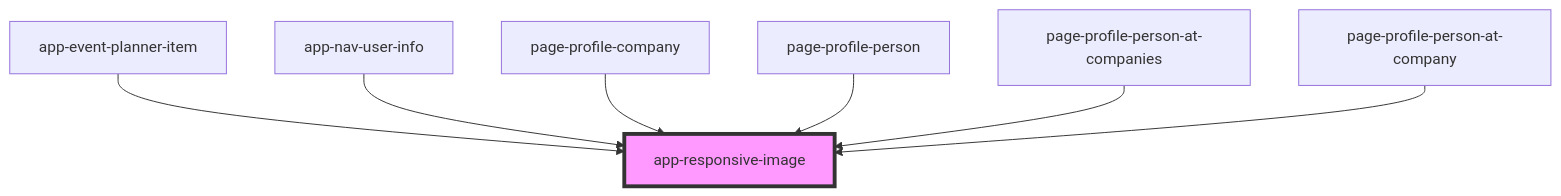
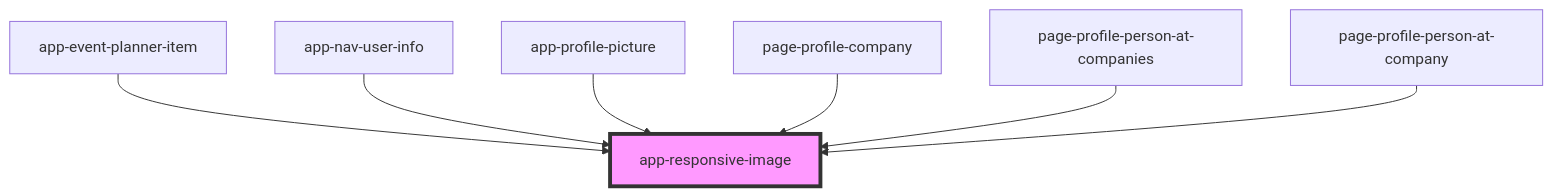
The diagram in iconeventnetwork-web/src/components/app-responsive-image/readme.md (lokheed/IconEventNetwork.Web), drawn with Mermaid before and after one commit. The commit also changed other lines of this file and 11 other files, not shown here.

Commit message:
first pass edit profile image, save not wired up

````diff
--- a/iconeventnetwork-web/src/components/app-responsive-image/readme.md
+++ b/iconeventnetwork-web/src/components/app-responsive-image/readme.md
@@ -30,10 +30,10 @@
 ```mermaid
 graph TD;
   app-event-planner-item --> app-responsive-image
   app-nav-user-info --> app-responsive-image
+  app-profile-picture --> app-responsive-image
   page-profile-company --> app-responsive-image
-  page-profile-person --> app-responsive-image
   page-profile-person-at-companies --> app-responsive-image
   page-profile-person-at-company --> app-responsive-image
   style app-responsive-image fill:#f9f,stroke:#333,stroke-width:4px
 ```
````
